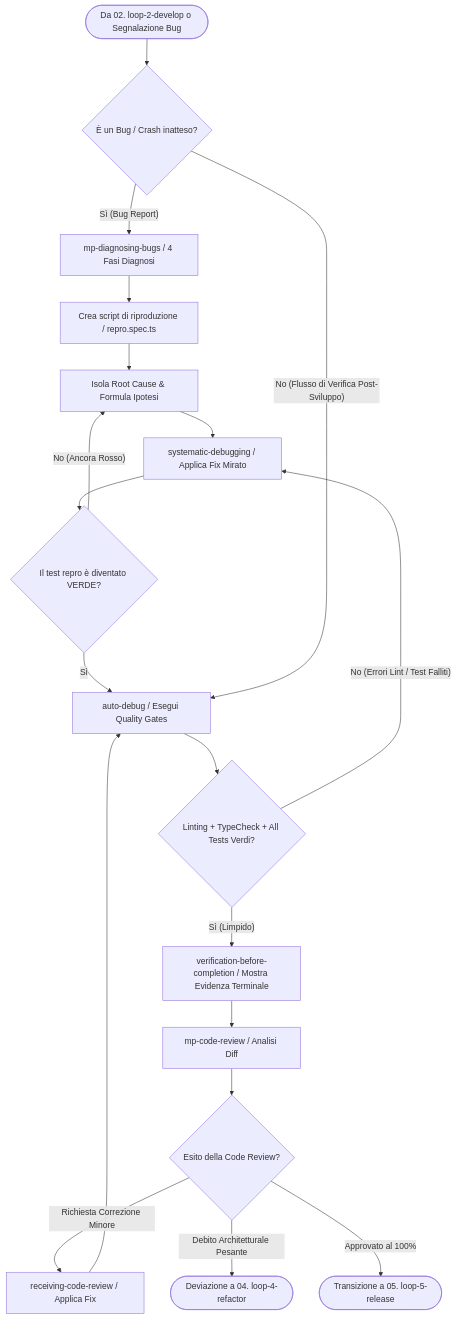
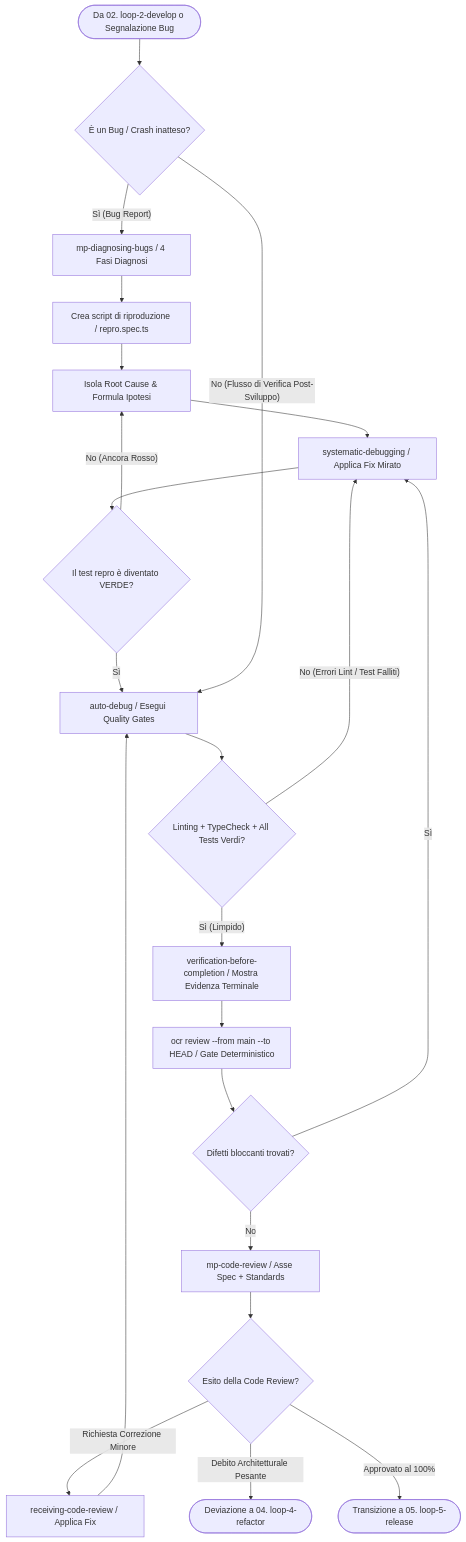
Before and after one commit to darkrei08/Wizard-AI: the diagram in skills/loop-3-debug/SKILL.md, drawn with Mermaid. The commit also changed other lines of this file and 29 other files, not shown here.

First line of the commit message:
feat(skills): integrate open-code-review and blume

````diff
--- a/skills/loop-3-debug/SKILL.md
+++ b/skills/loop-3-debug/SKILL.md
@@ -56,27 +57,30 @@
 ```mermaid
 graph TD
     Start([Da 02. loop-2-develop o Segnalazione Bug]) --> IsBug{È un Bug / Crash inatteso?}
     
     IsBug -- Sì (Bug Report) --> Diag[mp-diagnosing-bugs / 4 Fasi Diagnosi]
     Diag --> Repro[Crea script di riproduzione / repro.spec.ts]
     Repro --> Isolate[Isola Root Cause & Formula Ipotesi]
     Isolate --> SysFix[systematic-debugging / Applica Fix Mirato]
     SysFix --> VerifyRepro{Il test repro è diventato VERDE?}
     VerifyRepro -- No (Ancora Rosso) --> Isolate
     VerifyRepro -- Sì --> AutoDebug[auto-debug / Esegui Quality Gates]
     
     IsBug -- No (Flusso di Verifica Post-Sviluppo) --> AutoDebug
     
     AutoDebug --> CheckGates{Linting + TypeCheck + All Tests Verdi?}
     CheckGates -- No (Errori Lint / Test Falliti) --> SysFix
     CheckGates -- Sì (Limpido) --> VerGate[verification-before-completion / Mostra Evidenza Terminale]
     
-    VerGate --> Review[mp-code-review / Analisi Diff]
+    VerGate --> OCR["ocr review --from main --to HEAD / Gate Deterministico"]
+    OCR --> OCROut{Difetti bloccanti trovati?}
+    OCROut -- Sì --> SysFix
+    OCROut -- No --> Review[mp-code-review / Asse Spec + Standards]
     Review --> ReviewOut{Esito della Code Review?}
     
     ReviewOut -- Richiesta Correzione Minore --> RecRev[receiving-code-review / Applica Fix]
     RecRev --> AutoDebug
     
     ReviewOut -- Debito Architetturale Pesante --> DevRefactor([Deviazione a 04. loop-4-refactor])
     ReviewOut -- Approvato al 100% --> Handoff([Transizione a 05. loop-5-release])
 ```
````
